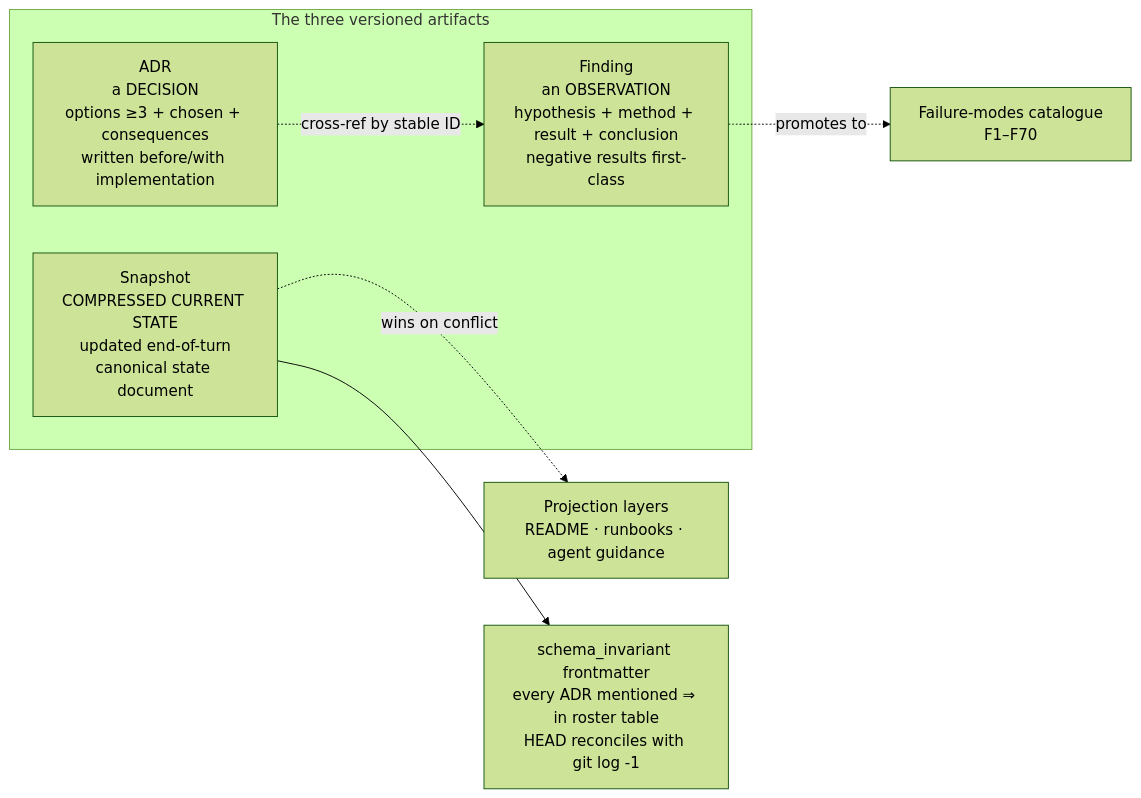
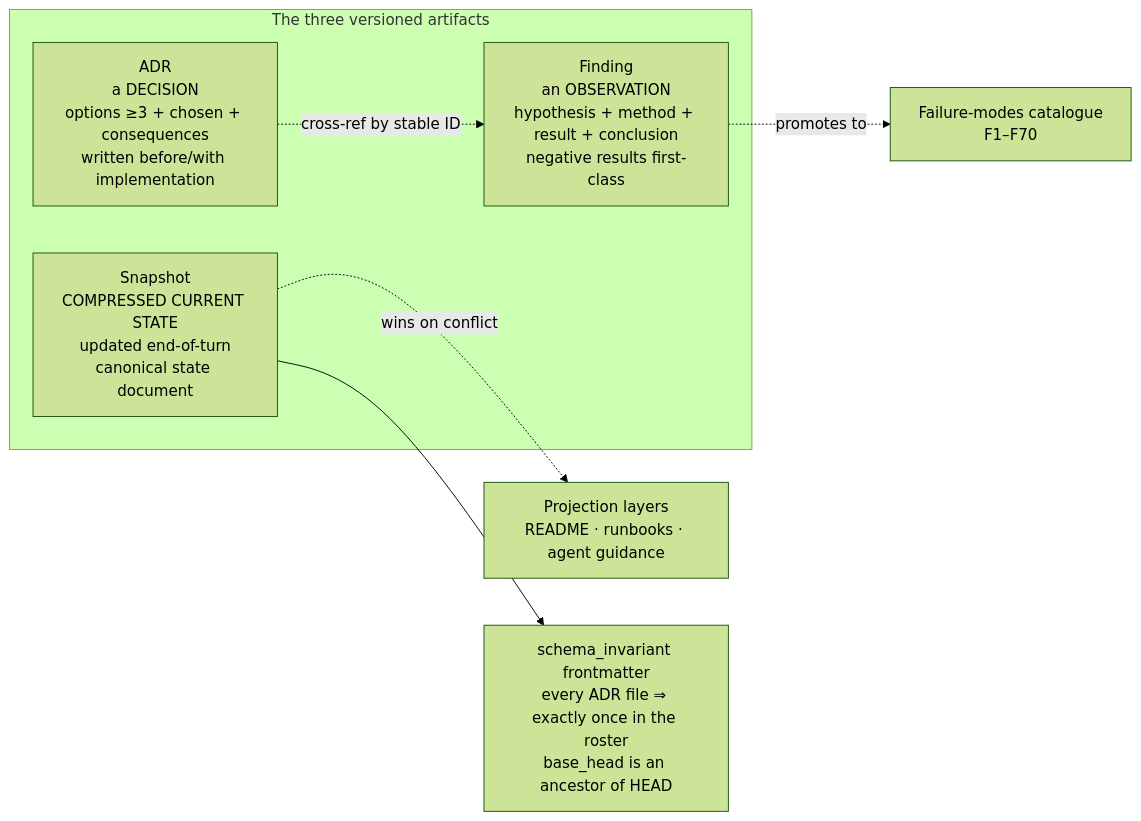
The fourth of 10 diagrams in docs/human/en/concept-map.md (Cobrust-lang/ballast), drawn with Mermaid (forest theme) before and after one commit. The commit also changed other lines of this file and 17 other files, not shown here.

First line of the commit message:
docs(meta): make the snapshot roster a failing gate [v2.1.0]

````diff
--- a/docs/human/en/concept-map.md
+++ b/docs/human/en/concept-map.md
@@ -164,14 +164,14 @@
 ```mermaid
 flowchart LR
     subgraph Triad["The three versioned artifacts"]
         ADR["ADR<br/>a DECISION<br/>options ≥3 + chosen + consequences<br/>written before/with implementation"]
         Finding["Finding<br/>an OBSERVATION<br/>hypothesis + method + result + conclusion<br/>negative results first-class"]
         Snapshot["Snapshot<br/>COMPRESSED CURRENT STATE<br/>updated end-of-turn<br/>canonical state document"]
     end
 
     Snapshot -. wins on conflict .-> Projections["Projection layers<br/>README · runbooks · agent guidance"]
     ADR -. cross-ref by stable ID .-> Finding
     Finding -. promotes to .-> Catalogue["Failure-modes catalogue<br/>F1–F70"]
 
-    Snapshot --> Invariant["schema_invariant frontmatter<br/>every ADR mentioned ⇒ in roster table<br/>HEAD reconciles with git log -1"]
+    Snapshot --> Invariant["schema_invariant frontmatter<br/>every ADR file ⇒ exactly once in the roster<br/>base_head is an ancestor of HEAD"]
 ```
````
